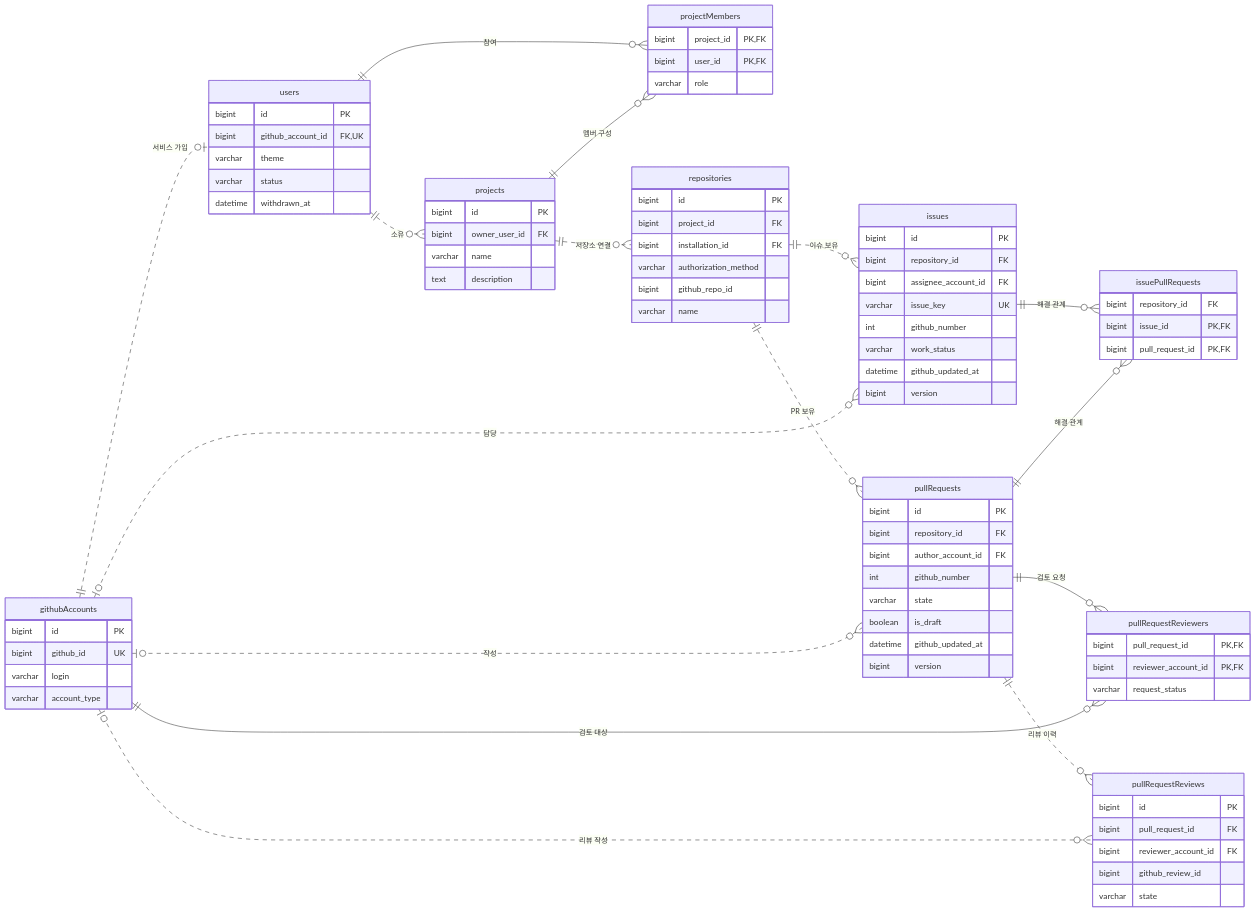
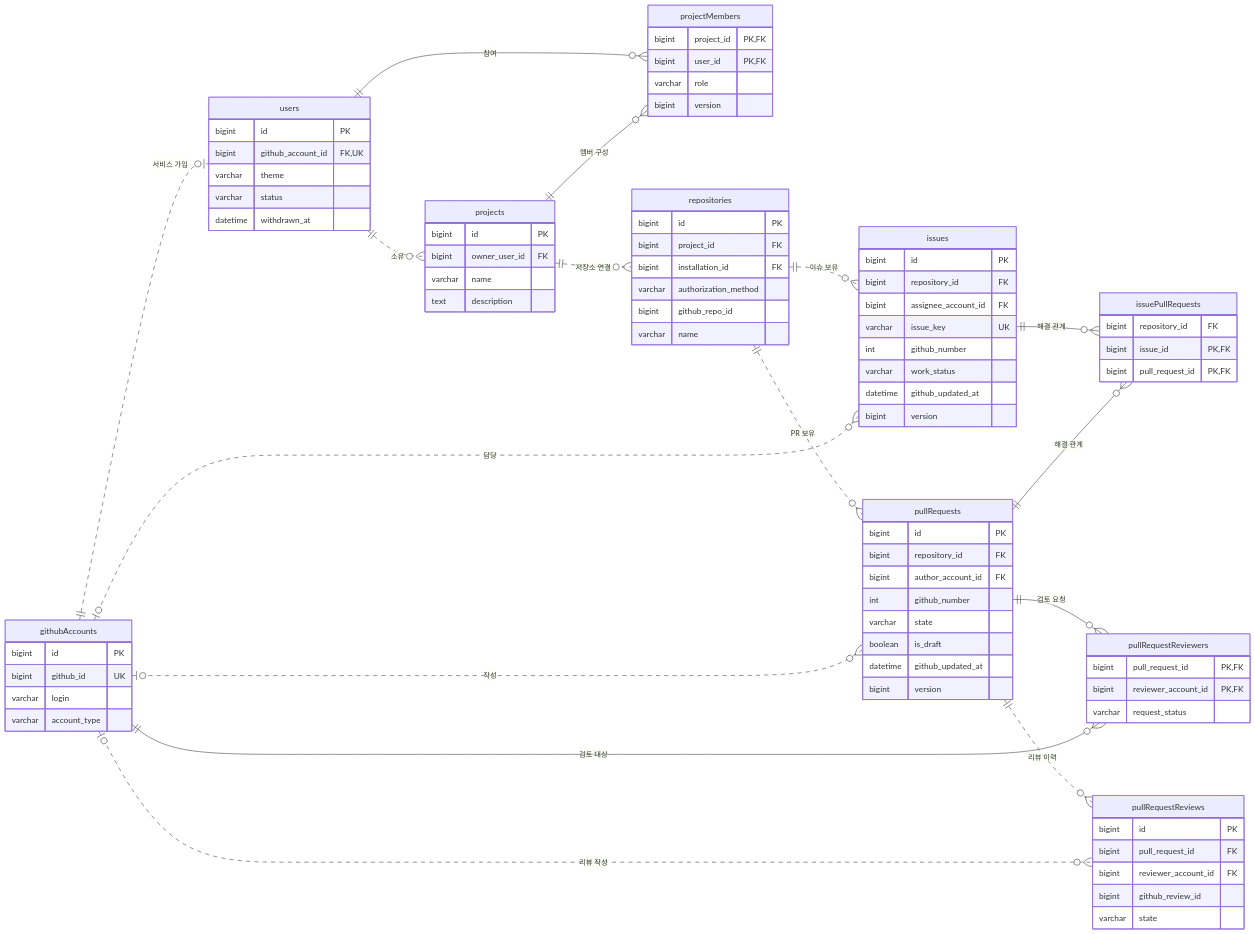
Before and after one commit to zel-lo/server: the first of 3 diagrams in zello/docs/erd.md, drawn with Mermaid. The commit also changed other lines of this file and 2 other files, not shown here.

```diff
--- a/zello/docs/erd.md
+++ b/zello/docs/erd.md
@@ -62,6 +63,7 @@
         bigint project_id PK,FK
         bigint user_id PK,FK
         varchar role
+        bigint version
     }
     repositories {
         bigint id PK
```
